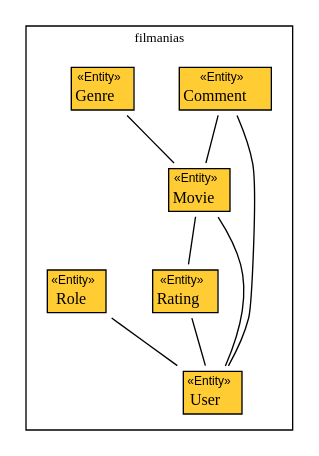
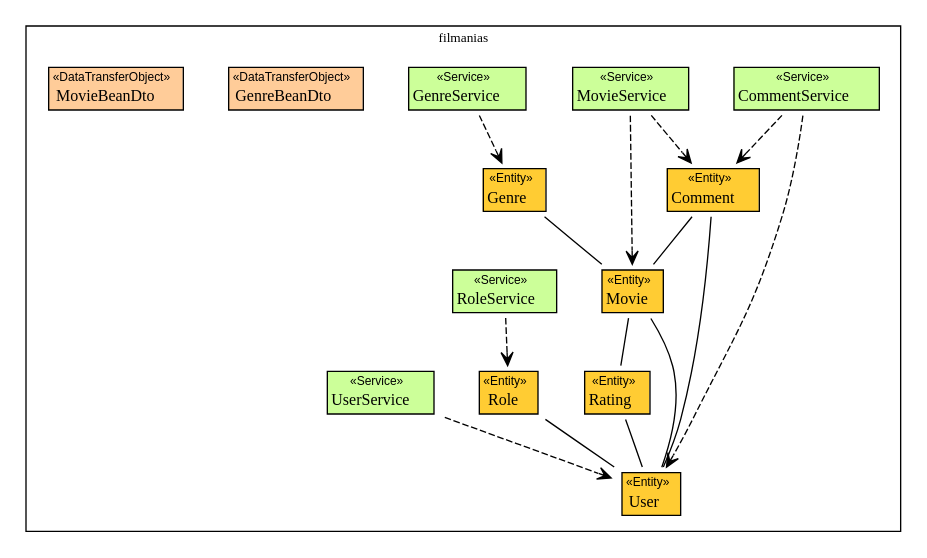
One commit to keymaker369/filmanias changed the diagram in trunk/filmanias/src/generated/resources/umlgraph-overview.dot. Above: the diagram before and after it, drawn with Graphviz. The commit also changed 76 other files, not shown here.

```diff
--- a/trunk/filmanias/src/generated/resources/umlgraph-overview.dot
+++ b/trunk/filmanias/src/generated/resources/umlgraph-overview.dot
@@ -18,6 +18,46 @@
 			label = "filmanias"  
 			
 				
+	CommentService [label=<<table border="0" cellborder="1" cellspacing="0" cellpadding="0" port="p" bgcolor="#CCFF99" >
+	<tr><td>
+	<table border="0" cellspacing="1" cellpadding="1">
+		<tr><td> &laquo;Service&raquo; </td></tr>
+		<tr><td><font face="arialbd"  point-size="12.0"> CommentService </font></td></tr>
+	</table></td></tr>
+	</table>>, fontname="arial", fontcolor="black", fontsize=9.0];
+
+	GenreService [label=<<table border="0" cellborder="1" cellspacing="0" cellpadding="0" port="p" bgcolor="#CCFF99" >
+	<tr><td>
+	<table border="0" cellspacing="1" cellpadding="1">
+		<tr><td> &laquo;Service&raquo; </td></tr>
+		<tr><td><font face="arialbd"  point-size="12.0"> GenreService </font></td></tr>
+	</table></td></tr>
+	</table>>, fontname="arial", fontcolor="black", fontsize=9.0];
+
+	MovieService [label=<<table border="0" cellborder="1" cellspacing="0" cellpadding="0" port="p" bgcolor="#CCFF99" >
+	<tr><td>
+	<table border="0" cellspacing="1" cellpadding="1">
+		<tr><td> &laquo;Service&raquo; </td></tr>
+		<tr><td><font face="arialbd"  point-size="12.0"> MovieService </font></td></tr>
+	</table></td></tr>
+	</table>>, fontname="arial", fontcolor="black", fontsize=9.0];
+
+	RoleService [label=<<table border="0" cellborder="1" cellspacing="0" cellpadding="0" port="p" bgcolor="#CCFF99" >
+	<tr><td>
+	<table border="0" cellspacing="1" cellpadding="1">
+		<tr><td> &laquo;Service&raquo; </td></tr>
+		<tr><td><font face="arialbd"  point-size="12.0"> RoleService </font></td></tr>
+	</table></td></tr>
+	</table>>, fontname="arial", fontcolor="black", fontsize=9.0];
+
+	UserService [label=<<table border="0" cellborder="1" cellspacing="0" cellpadding="0" port="p" bgcolor="#CCFF99" >
+	<tr><td>
+	<table border="0" cellspacing="1" cellpadding="1">
+		<tr><td> &laquo;Service&raquo; </td></tr>
+		<tr><td><font face="arialbd"  point-size="12.0"> UserService </font></td></tr>
+	</table></td></tr>
+	</table>>, fontname="arial", fontcolor="black", fontsize=9.0];
+
 				
 				
 
@@ -49,11 +89,39 @@
 
 
 
+	GenreBeanDto [label=<<table border="0" cellborder="1" cellspacing="0" cellpadding="0" port="p" bgcolor="#FFCC99">
+	<tr><td>
+	<table border="0" cellspacing="1" cellpadding="1">
+		<tr><td> &laquo;DataTransferObject&raquo; </td></tr>
+		<tr><td><font face="arialbd"  point-size="12.0"> GenreBeanDto </font></td></tr>
+	</table></td></tr>
+	
+	
+	
+	
+	</table>>, fontname="arial", fontcolor="black", fontsize=9.0];
+
+
+
 	Movie [label=<<table border="0" cellborder="1" cellspacing="0" cellpadding="0" port="p" bgcolor="#FFCC33">
 	<tr><td>
 	<table border="0" cellspacing="1" cellpadding="1">
 		<tr><td> &laquo;Entity&raquo; </td></tr>
 		<tr><td><font face="arialbd"  point-size="12.0"> Movie </font></td></tr>
+	</table></td></tr>
+	
+	
+	
+	
+	</table>>, fontname="arial", fontcolor="black", fontsize=9.0];
+
+
+
+	MovieBeanDto [label=<<table border="0" cellborder="1" cellspacing="0" cellpadding="0" port="p" bgcolor="#FFCC99">
+	<tr><td>
+	<table border="0" cellspacing="1" cellpadding="1">
+		<tr><td> &laquo;DataTransferObject&raquo; </td></tr>
+		<tr><td><font face="arialbd"  point-size="12.0"> MovieBeanDto </font></td></tr>
 	</table></td></tr>
 	
 	
@@ -147,5 +215,44 @@
 
 		
 	
+		edge [arrowtail="none" arrowhead = "open" headlabel = "" taillabel = "" style = "dashed"]
+		
+				RoleService -> Role
+		
+	
+
+	
+		edge [arrowtail="none" arrowhead = "open" headlabel = "" taillabel = "" style = "dashed"]
+		
+				UserService -> User
+		
+	
+
+	
+		edge [arrowtail="none" arrowhead = "open" headlabel = "" taillabel = "" style = "dashed"]
+		
+				CommentService -> Comment
+		
+				CommentService -> User
+		
+	
+
+	
+		edge [arrowtail="none" arrowhead = "open" headlabel = "" taillabel = "" style = "dashed"]
+		
+				MovieService -> Movie
+		
+				MovieService -> Comment
+		
+	
+
+	
+		edge [arrowtail="none" arrowhead = "open" headlabel = "" taillabel = "" style = "dashed"]
+		
+				GenreService -> Genre
+		
+	
+
+	
 	
 	}
```
